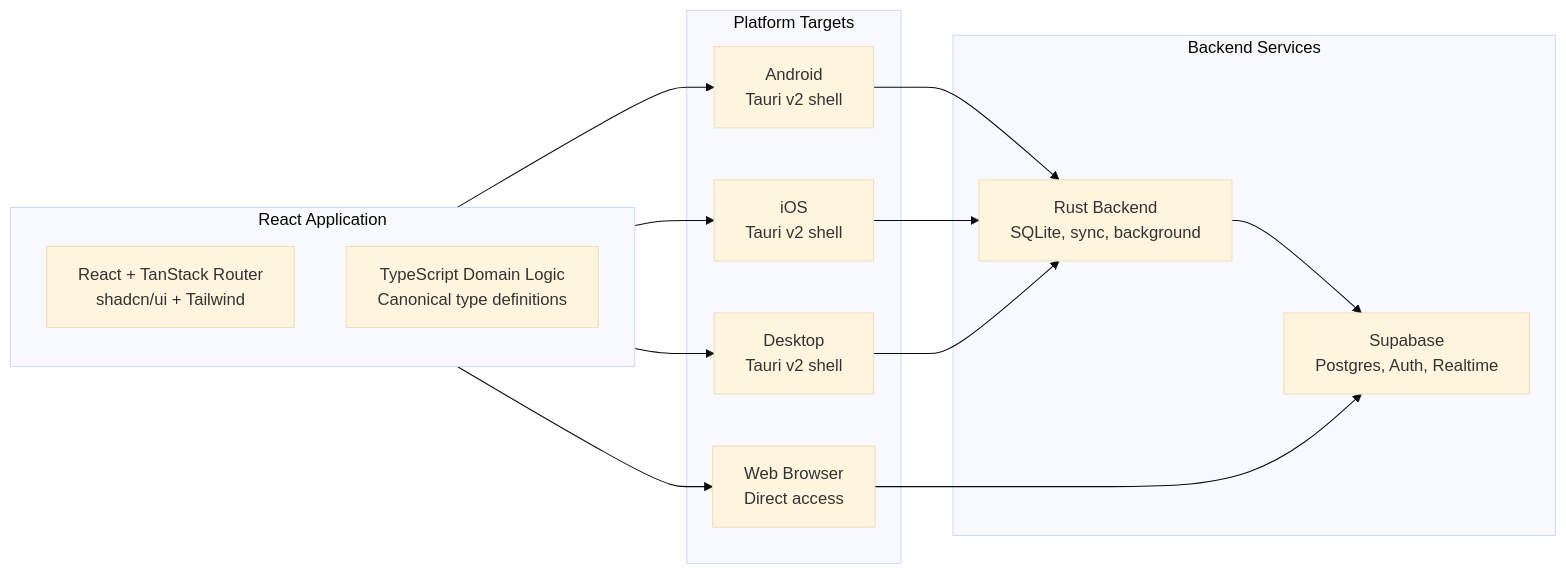
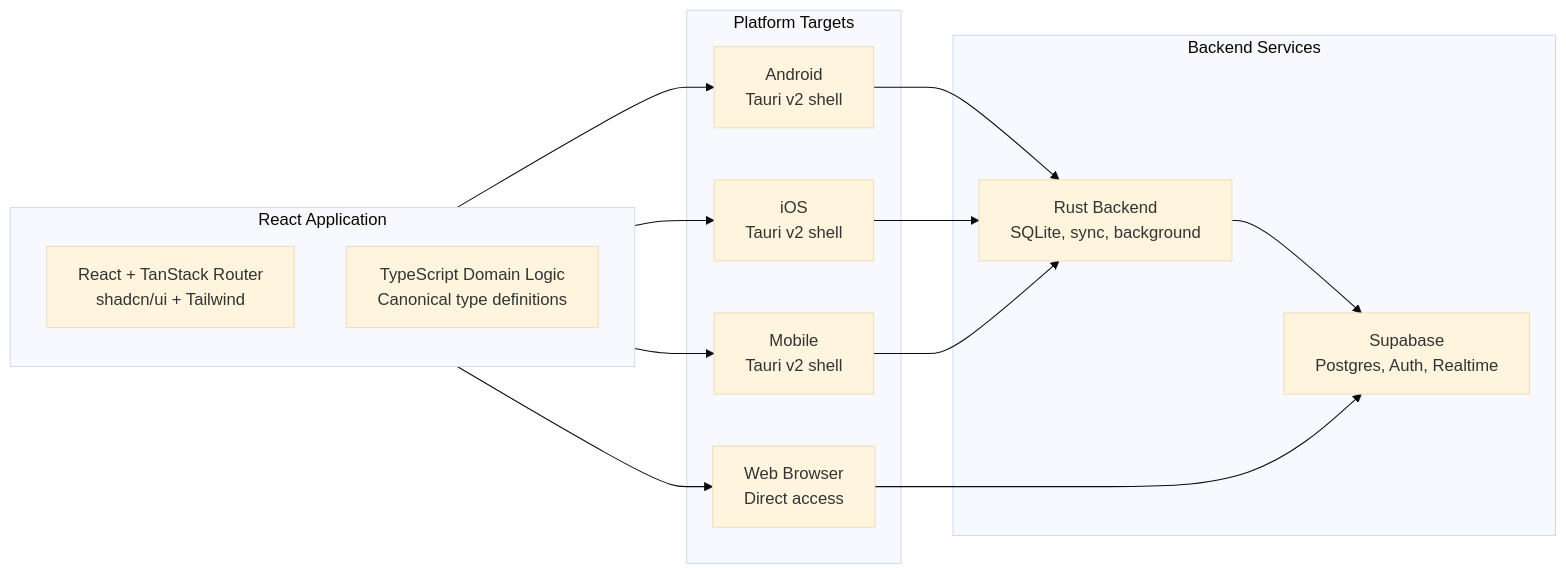
The fourth of 5 diagrams in docs/00-project-overview.md (rghsoftware/ardent-forge), drawn with Mermaid (base theme) before and after one commit. The commit also changed other lines of this file and 45 other files, not shown here.

First line of the commit message:
docs(terminology): replace all desktop references -- web + mobile only

````diff
--- a/docs/00-project-overview.md
+++ b/docs/00-project-overview.md
@@ -158,30 +158,30 @@
 ```mermaid
 flowchart LR
     subgraph ReactApp["React Application"]
         UI["React + TanStack Router<br/>shadcn/ui + Tailwind"]
         Domain["TypeScript Domain Logic<br/>Canonical type definitions"]
     end
 
     subgraph Platforms["Platform Targets"]
         Android["Android<br/>Tauri v2 shell"]
         iOS["iOS<br/>Tauri v2 shell"]
-        Desktop["Desktop<br/>Tauri v2 shell"]
+        Mobile["Mobile<br/>Tauri v2 shell"]
         Web["Web Browser<br/>Direct access"]
     end
 
     subgraph Backend["Backend Services"]
         Rust["Rust Backend<br/>SQLite, sync, background"]
         Supabase["Supabase<br/>Postgres, Auth, Realtime"]
     end
 
     ReactApp --> Android
     ReactApp --> iOS
-    ReactApp --> Desktop
+    ReactApp --> Mobile
     ReactApp --> Web
 
     Android --> Rust
     iOS --> Rust
-    Desktop --> Rust
+    Mobile --> Rust
     Rust --> Supabase
     Web --> Supabase
 ```
````
